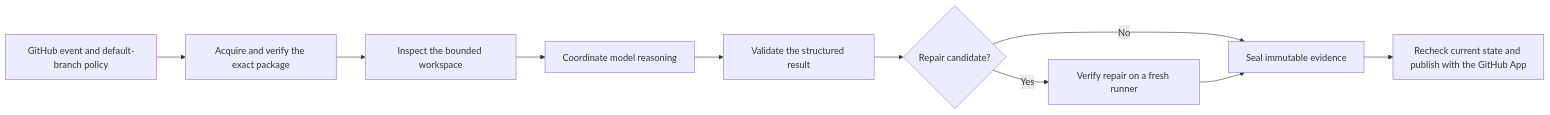
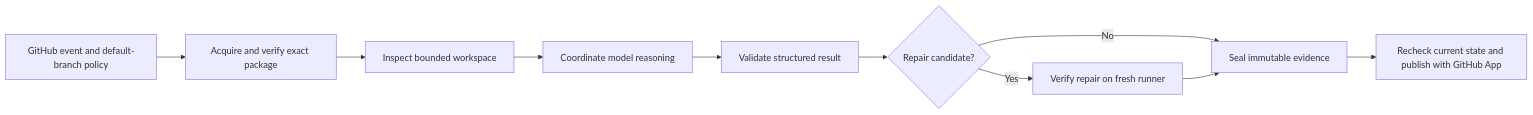
One commit to coryparrry/Codekeeper changed the second of 2 diagrams in README.md. Above: the diagram before and after it, drawn with Mermaid. The commit also changed other lines of this file and 6 other files, not shown here.

````diff
--- a/README.md
+++ b/README.md
@@ -114,12 +79,12 @@
 ```mermaid
 flowchart LR
-    A["GitHub event and default-branch policy"] --> B["Acquire and verify the exact package"]
-    B --> C["Inspect the bounded workspace"]
+    A["GitHub event and default-branch policy"] --> B["Acquire and verify exact package"]
+    B --> C["Inspect bounded workspace"]
     C --> D["Coordinate model reasoning"]
-    D --> E["Validate the structured result"]
+    D --> E["Validate structured result"]
     E --> F{"Repair candidate?"}
-    F -->|Yes| G["Verify repair on a fresh runner"]
+    F -->|Yes| G["Verify repair on fresh runner"]
     F -->|No| H["Seal immutable evidence"]
     G --> H
-    H --> I["Recheck current state and publish with the GitHub App"]
+    H --> I["Recheck current state and publish with GitHub App"]
 ```
````
